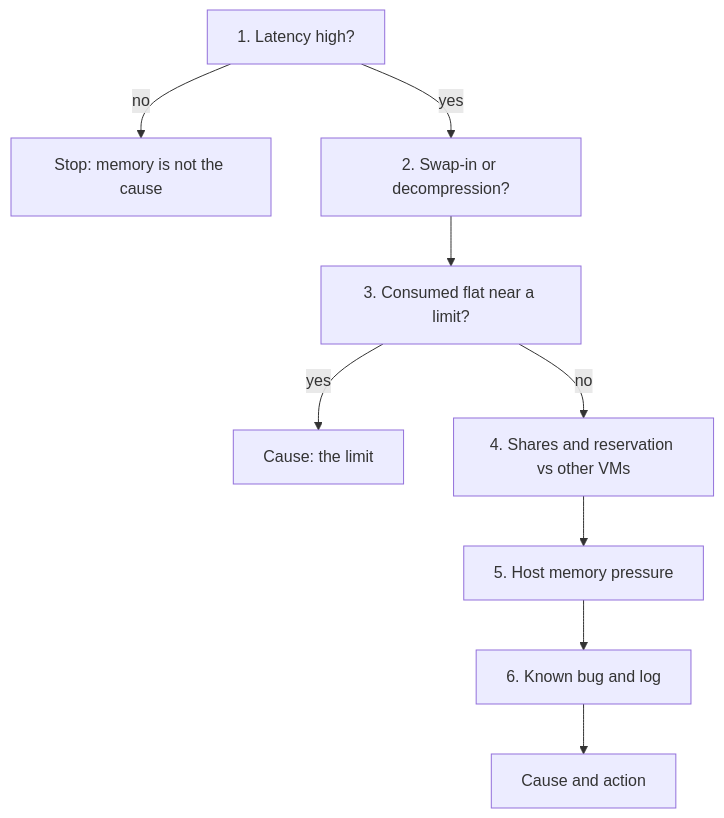
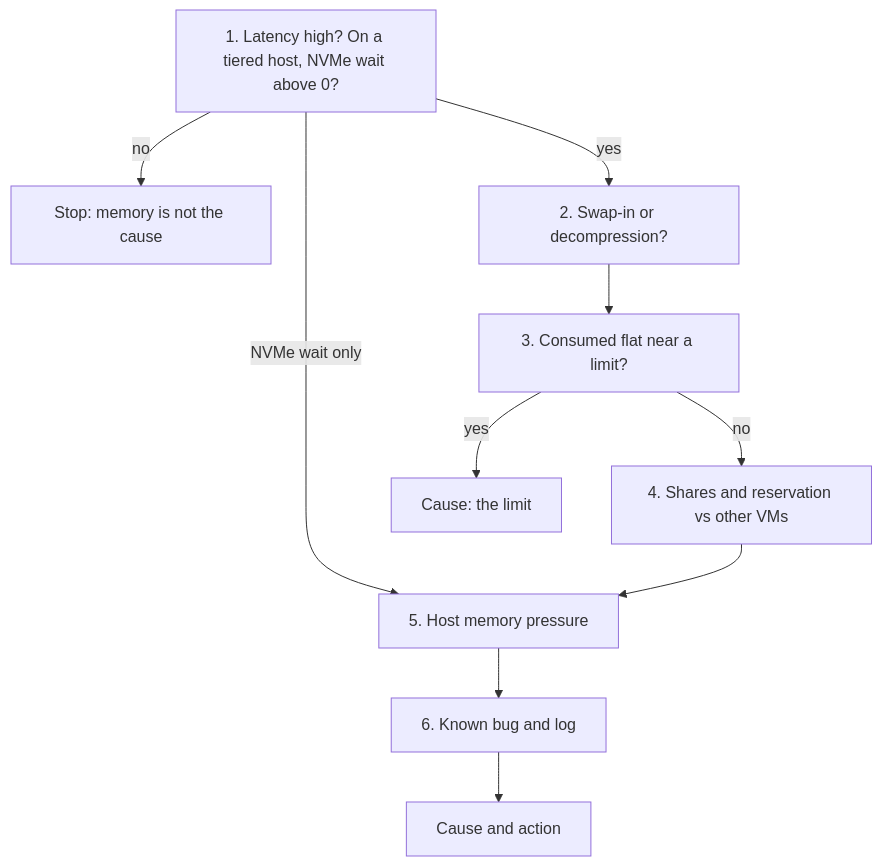
One commit to e1-rahabok/agent-e2 changed the diagram in knowledge/vsphere/technology/memory/vm-memory-latency-high.md. Above: the diagram before and after it, drawn with Mermaid. The commit also changed other lines of this file and 4 other files, not shown here.

First line of the commit message:
Memory tiering: latency is unaware of NVMe, NVMe wait assumptions, capacity supply

````diff
--- a/knowledge/vsphere/technology/memory/vm-memory-latency-high.md
+++ b/knowledge/vsphere/technology/memory/vm-memory-latency-high.md
@@ -8,11 +8,12 @@
 ```mermaid
 flowchart TD
-  S1[1. Latency high?] -->|no| E1[Stop: memory is not the cause]
+  S1[1. Latency high? On a tiered host, NVMe wait above 0?] -->|no| E1[Stop: memory is not the cause]
+  S1 -->|NVMe wait only| S5
   S1 -->|yes| S2[2. Swap-in or decompression?]
   S2 --> S3[3. Consumed flat near a limit?]
   S3 -->|yes| E3[Cause: the limit]
   S3 -->|no| S4[4. Shares and reservation vs other VMs]
   S4 --> S5[5. Host memory pressure]
   S5 --> S6[6. Known bug and log]
   S6 --> E6[Cause and action]
 ```
````
